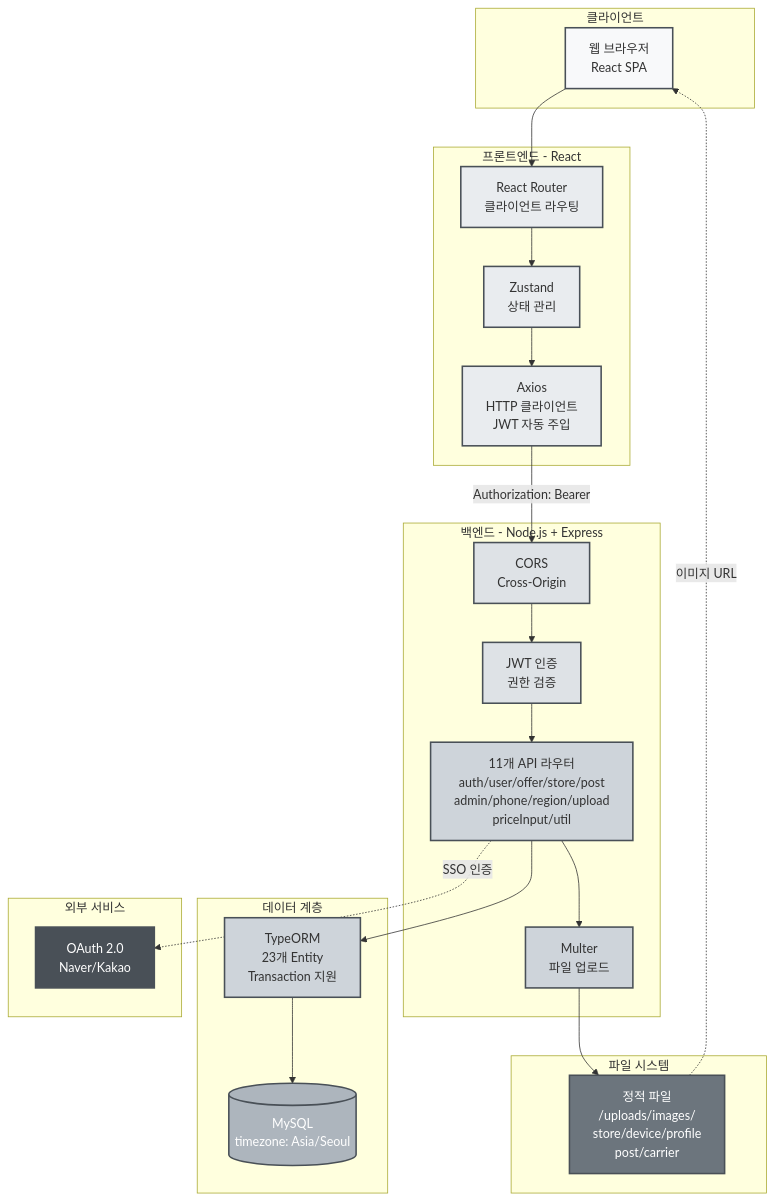
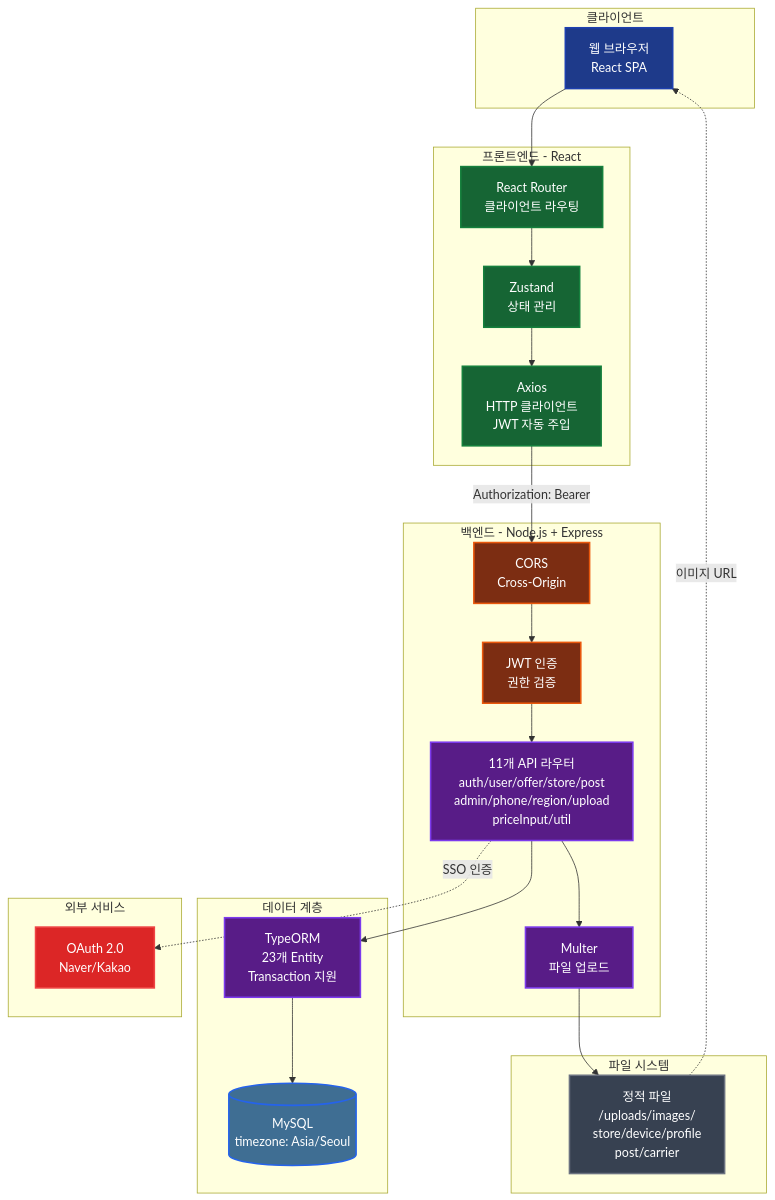
Before and after one commit to phone-link-org/phone-link: the first of 2 diagrams in README.md, drawn with Mermaid. The commit also changed other lines of this file, not shown here.

````diff
--- a/README.md
+++ b/README.md
@@ -41,60 +41,60 @@
 ```mermaid
 graph TB
     subgraph "클라이언트"
         Browser[웹 브라우저<br/>React SPA]
     end
 
     subgraph "프론트엔드 - React"
         Router[React Router<br/>클라이언트 라우팅]
         Zustand[Zustand<br/>상태 관리]
         Axios[Axios<br/>HTTP 클라이언트<br/>JWT 자동 주입]
     end
 
     subgraph "백엔드 - Node.js + Express"
         CORS[CORS<br/>Cross-Origin]
         Auth[JWT 인증<br/>권한 검증]
         Routes[11개 API 라우터<br/>auth/user/offer/store/post<br/>admin/phone/region/upload<br/>priceInput/util]
         Multer[Multer<br/>파일 업로드]
     end
 
     subgraph "데이터 계층"
         ORM[TypeORM<br/>23개 Entity<br/>Transaction 지원]
         MySQL[(MySQL<br/>timezone: Asia/Seoul)]
     end
 
     subgraph "파일 시스템"
         Storage[정적 파일<br/>/uploads/images/<br/>store/device/profile<br/>post/carrier]
     end
 
     subgraph "외부 서비스"
         OAuth[OAuth 2.0<br/>Naver/Kakao]
     end
 
     Browser --> Router
     Router --> Zustand
     Zustand --> Axios
 
     Axios -->|Authorization: Bearer| CORS
     CORS --> Auth
     Auth --> Routes
     Routes --> Multer
     Multer --> Storage
     Routes --> ORM
     ORM --> MySQL
 
     Routes -.->|SSO 인증| OAuth
     Storage -.->|이미지 URL| Browser
 
-    style Browser fill:#f8f9fa,stroke:#495057,stroke-width:2px
-    style Router fill:#e9ecef,stroke:#495057,stroke-width:2px
-    style Zustand fill:#e9ecef,stroke:#495057,stroke-width:2px
-    style Axios fill:#e9ecef,stroke:#495057,stroke-width:2px
-    style CORS fill:#dee2e6,stroke:#495057,stroke-width:2px
-    style Auth fill:#dee2e6,stroke:#495057,stroke-width:2px
-    style Routes fill:#ced4da,stroke:#495057,stroke-width:2px
-    style Multer fill:#ced4da,stroke:#495057,stroke-width:2px
-    style ORM fill:#ced4da,stroke:#495057,stroke-width:2px
-    style MySQL fill:#adb5bd,stroke:#495057,stroke-width:2px,color:#fff
-    style Storage fill:#6c757d,stroke:#495057,stroke-width:2px,color:#fff
-    style OAuth fill:#495057,stroke:#495057,stroke-width:2px,color:#fff
+    style Browser fill:#1e3a8a,stroke:#1e40af,stroke-width:2px,color:#fff
+    style Router fill:#166534,stroke:#15803d,stroke-width:2px,color:#fff
+    style Zustand fill:#166534,stroke:#15803d,stroke-width:2px,color:#fff
+    style Axios fill:#166534,stroke:#15803d,stroke-width:2px,color:#fff
+    style CORS fill:#7c2d12,stroke:#ea580c,stroke-width:2px,color:#fff
+    style Auth fill:#7c2d12,stroke:#ea580c,stroke-width:2px,color:#fff
+    style Routes fill:#581c87,stroke:#7c3aed,stroke-width:2px,color:#fff
+    style Multer fill:#581c87,stroke:#7c3aed,stroke-width:2px,color:#fff
+    style ORM fill:#581c87,stroke:#7c3aed,stroke-width:2px,color:#fff
+    style MySQL fill:#3F6E93,stroke:#2563eb,stroke-width:2px,color:#fff
+    style Storage fill:#374151,stroke:#6b7280,stroke-width:2px,color:#fff
+    style OAuth fill:#dc2626,stroke:#ef4444,stroke-width:2px,color:#fff
 ```
````
